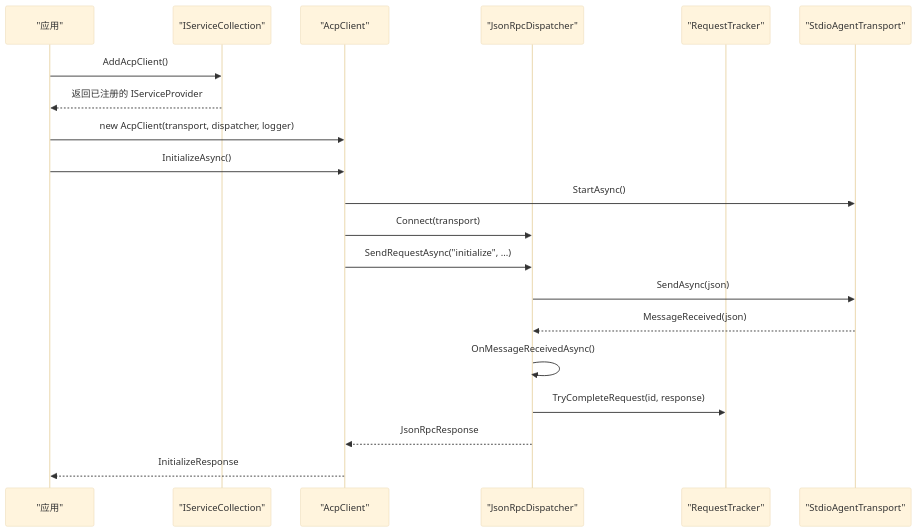
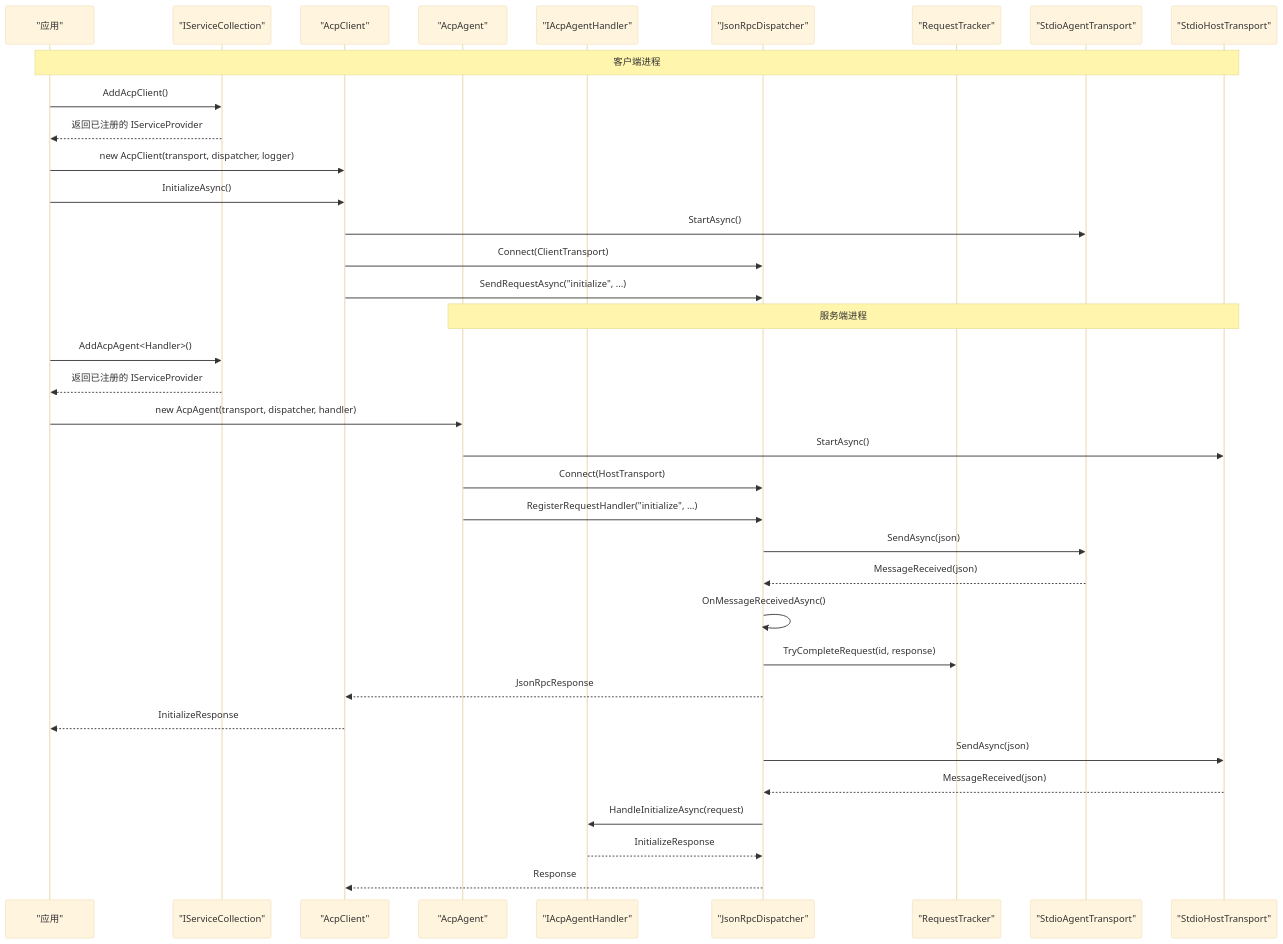
One commit to AgenticDesktop/ACPLibrary changed the second of 3 diagrams in .qoder/repowiki/zh/content/基础设施配置.md. Above: the diagram before and after it, drawn with Mermaid (base theme). The commit also changed other lines of this file and 33 other files, not shown here.

````diff
--- a/.qoder/repowiki/zh/content/基础设施配置.md
+++ b/.qoder/repowiki/zh/content/基础设施配置.md
@@ -109,22 +130,38 @@
 ```mermaid
 sequenceDiagram
 participant App as "应用"
 participant DI as "IServiceCollection"
 participant Client as "AcpClient"
+participant Agent as "AcpAgent"
+participant Handler as "IAcpAgentHandler"
 participant Dispatcher as "JsonRpcDispatcher"
 participant Tracker as "RequestTracker"
-participant Transport as "StdioAgentTransport"
+participant ClientTransport as "StdioAgentTransport"
+participant HostTransport as "StdioHostTransport"
+Note over App,HostTransport : 客户端进程
 App->>DI : AddAcpClient()
 DI-->>App : 返回已注册的 IServiceProvider
 App->>Client : new AcpClient(transport, dispatcher, logger)
 App->>Client : InitializeAsync()
-Client->>Transport : StartAsync()
-Client->>Dispatcher : Connect(transport)
+Client->>ClientTransport : StartAsync()
+Client->>Dispatcher : Connect(ClientTransport)
 Client->>Dispatcher : SendRequestAsync("initialize", ...)
-Dispatcher->>Transport : SendAsync(json)
-Transport-->>Dispatcher : MessageReceived(json)
+Note over Agent,HostTransport : 服务端进程
+App->>DI : AddAcpAgent<Handler>()
+DI-->>App : 返回已注册的 IServiceProvider
+App->>Agent : new AcpAgent(transport, dispatcher, handler)
+Agent->>HostTransport : StartAsync()
+Agent->>Dispatcher : Connect(HostTransport)
+Agent->>Dispatcher : RegisterRequestHandler("initialize", ...)
+Dispatcher->>ClientTransport : SendAsync(json)
+ClientTransport-->>Dispatcher : MessageReceived(json)
 Dispatcher->>Dispatcher : OnMessageReceivedAsync()
 Dispatcher->>Tracker : TryCompleteRequest(id, response)
 Dispatcher-->>Client : JsonRpcResponse
 Client-->>App : InitializeResponse
+Dispatcher->>HostTransport : SendAsync(json)
+HostTransport-->>Dispatcher : MessageReceived(json)
+Dispatcher->>Handler : HandleInitializeAsync(request)
+Handler-->>Dispatcher : InitializeResponse
+Dispatcher-->>Client : Response
 ```
````
